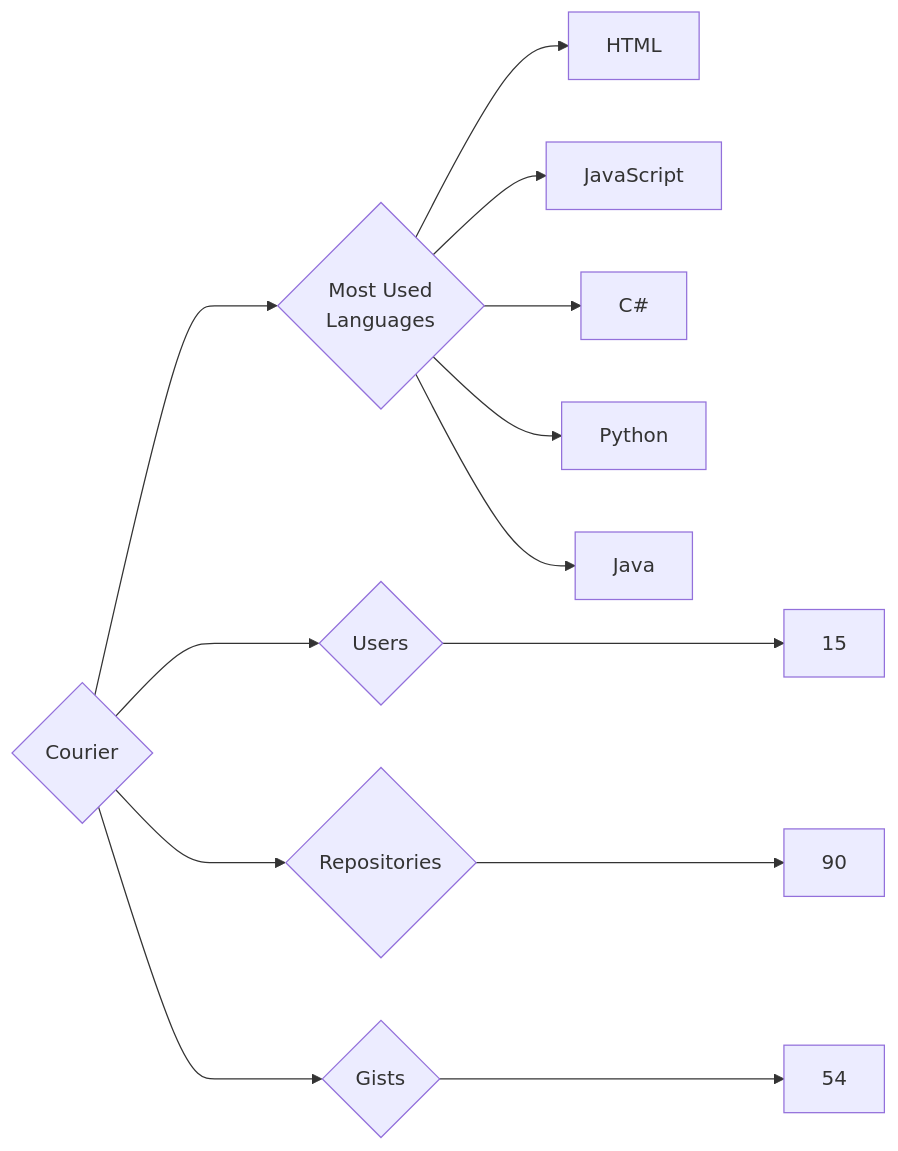
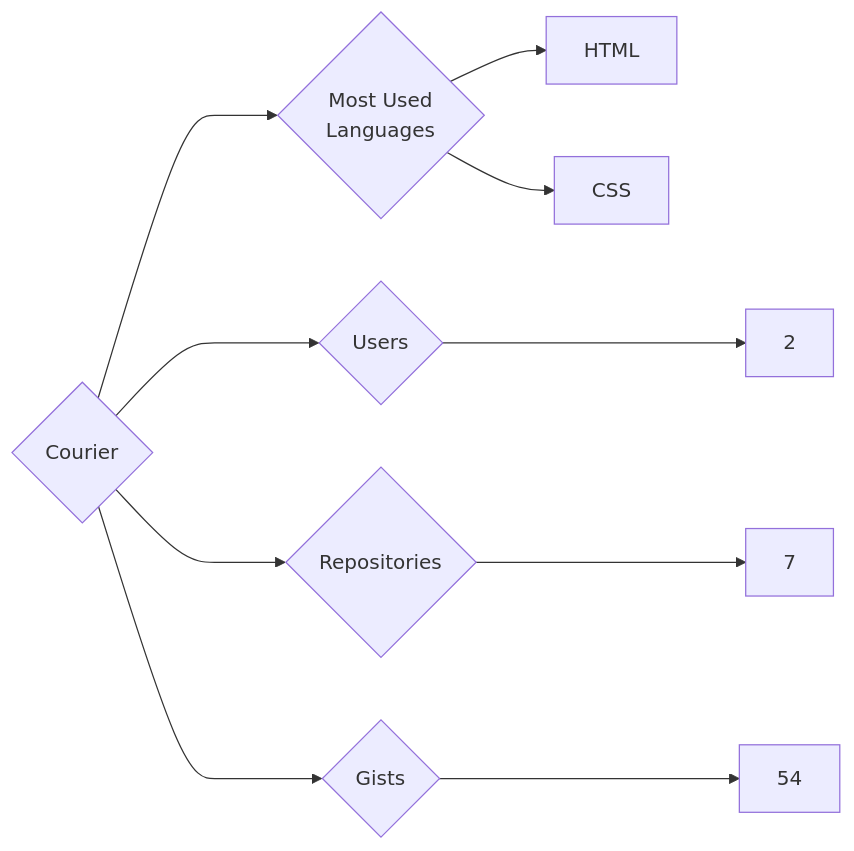
The diagram in targets/Courier/README.md (trickest/insiders), drawn with Mermaid before and after one commit. The commit also changed 872 other files, not shown here.

````diff
--- a/targets/Courier/README.md
+++ b/targets/Courier/README.md
@@ -3,13 +3,10 @@
 ```mermaid
 graph LR
 COMPANY_NAME{Courier}
-COMPANY_NAME ---> U{Users} ---> UN[15]
-COMPANY_NAME ---> R{Repositories} ---> RN[90]
+COMPANY_NAME ---> U{Users} ---> UN[2]
+COMPANY_NAME ---> R{Repositories} ---> RN[7]
 COMPANY_NAME ---> G{Gists} ---> GN[54]
 COMPANY_NAME ---> ML{Most Used<br>Languages}
 ML --> HTML[HTML]
-ML --> JavaScript[JavaScript]
-ML --> C#[C#]
-ML --> Python[Python]
-ML --> Java[Java]
+ML --> CSS[CSS]
 ```
````
